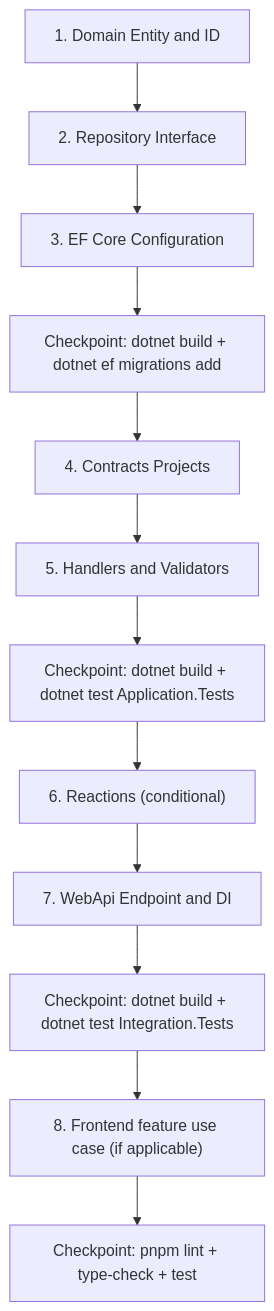
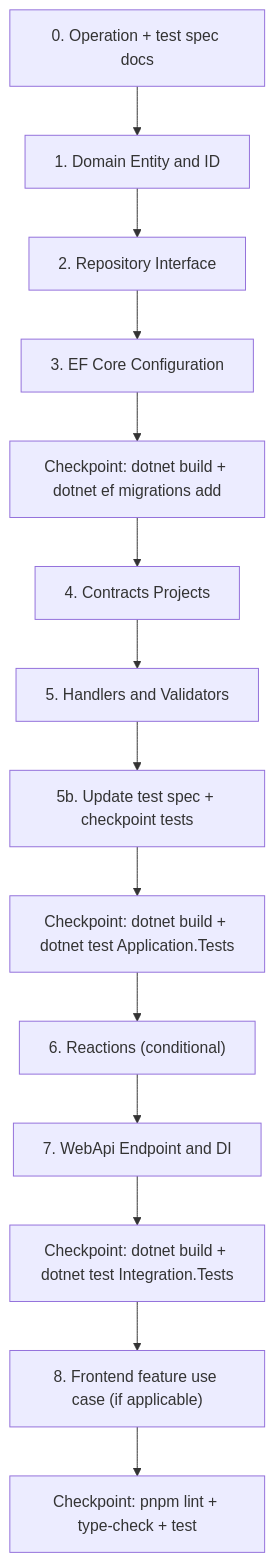
The diagram in docs/conventions/shared/agentic-guardrails.md (Litenova-Solutions/Engineering-Standards), drawn with Mermaid before and after one commit. The commit also changed other lines of this file and 21 other files, not shown here.

First line of the commit message:
Update documentation to reflect changes in operation and test specification conventions

````diff
--- a/docs/conventions/shared/agentic-guardrails.md
+++ b/docs/conventions/shared/agentic-guardrails.md
@@ -75,27 +83,31 @@
 ```mermaid
 graph TD
+    Step0["0. Operation + test spec docs"]
     Step1["1. Domain Entity and ID"]
     Step2["2. Repository Interface"]
     Step3["3. EF Core Configuration"]
     Step3b["Checkpoint: dotnet build + dotnet ef migrations add"]
     Step4["4. Contracts Projects"]
     Step5["5. Handlers and Validators"]
-    Step5b["Checkpoint: dotnet build + dotnet test Application.Tests"]
+    Step5b["5b. Update test spec + checkpoint tests"]
+    Step5c["Checkpoint: dotnet build + dotnet test Application.Tests"]
     Step6["6. Reactions (conditional)"]
     Step7["7. WebApi Endpoint and DI"]
     Step7b["Checkpoint: dotnet build + dotnet test Integration.Tests"]
     Step8["8. Frontend feature use case (if applicable)"]
     Step8b["Checkpoint: pnpm lint + type-check + test"]
 
+    Step0 --> Step1
     Step1 --> Step2
     Step2 --> Step3
     Step3 --> Step3b
     Step3b --> Step4
     Step4 --> Step5
     Step5 --> Step5b
-    Step5b --> Step6
+    Step5b --> Step5c
+    Step5c --> Step6
     Step6 --> Step7
     Step7 --> Step7b
     Step7b --> Step8
     Step8 --> Step8b
 ```
````
